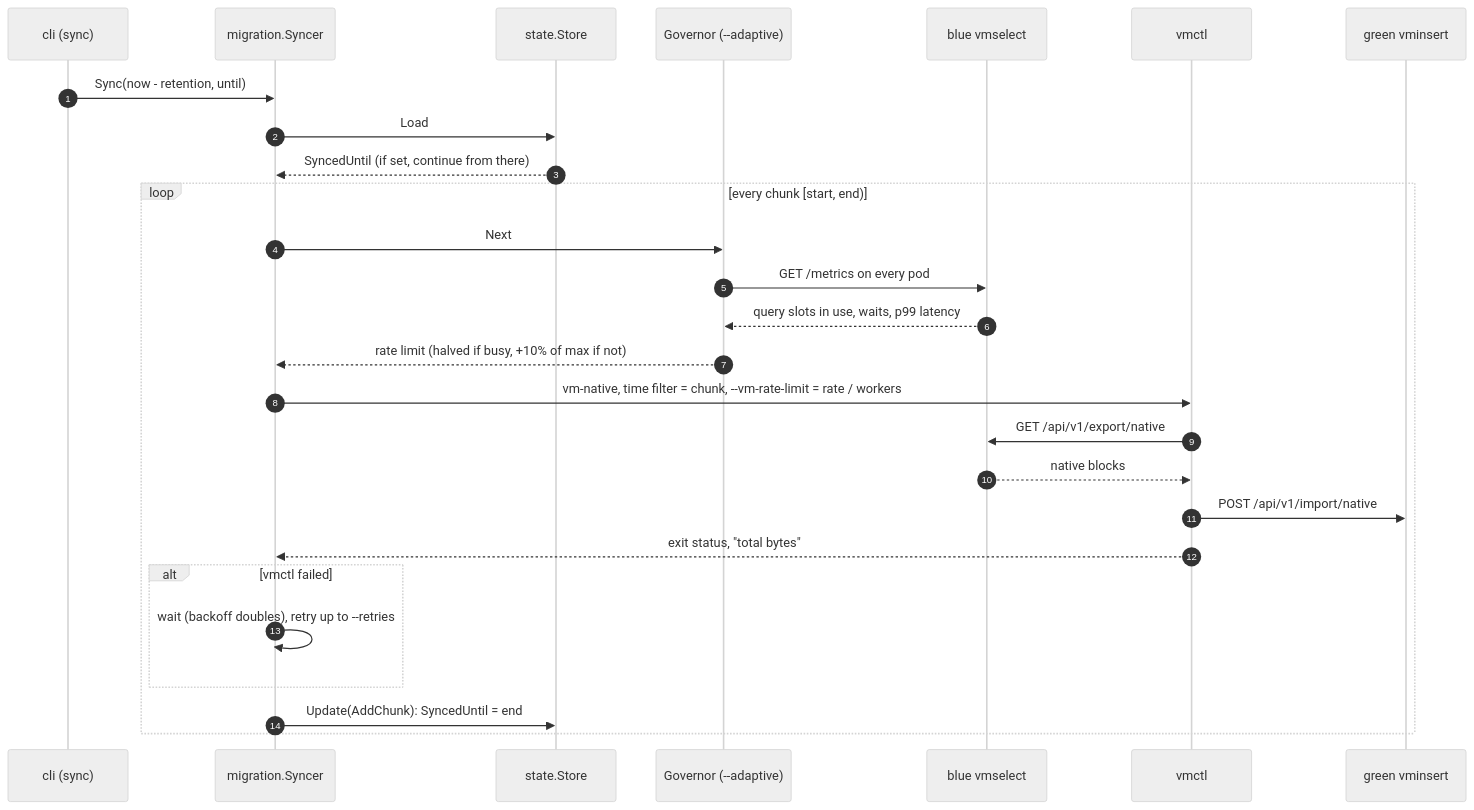
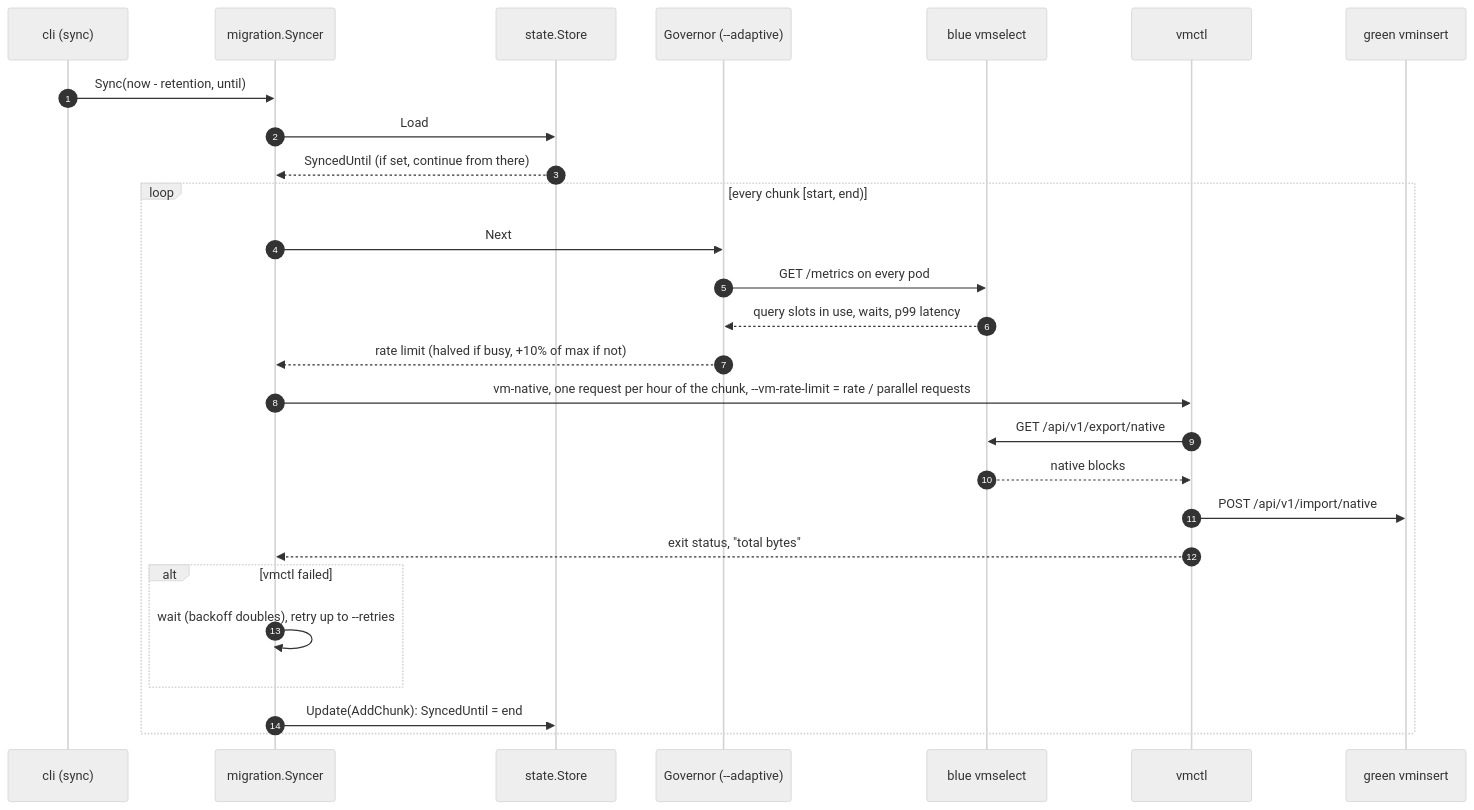
The third of 5 diagrams in docs/architecture.md (kokuwaio/victoriametrics-rebalance), drawn with Mermaid (neutral theme) before and after one commit. The commit also changed other lines of this file and 18 other files, not shown here.

````diff
--- a/docs/architecture.md
+++ b/docs/architecture.md
@@ -133,30 +138,30 @@
 ```mermaid
 sequenceDiagram
     autonumber
     participant CLI as cli (sync)
     participant S as migration.Syncer
     participant St as state.Store
     participant G as Governor (--adaptive)
     participant B as blue vmselect
     participant V as vmctl
     participant GI as green vminsert
 
     CLI->>S: Sync(now - retention, until)
     S->>St: Load
     St-->>S: SyncedUntil (if set, continue from there)
     loop every chunk [start, end)
         S->>G: Next
         G->>B: GET /metrics on every pod
         B-->>G: query slots in use, waits, p99 latency
         G-->>S: rate limit (halved if busy, +10% of max if not)
-        S->>V: vm-native, time filter = chunk, --vm-rate-limit = rate / workers
+        S->>V: vm-native, one request per hour of the chunk, --vm-rate-limit = rate / parallel requests
         V->>B: GET /api/v1/export/native
         B-->>V: native blocks
         V->>GI: POST /api/v1/import/native
         V-->>S: exit status, "total bytes"
         alt vmctl failed
             S->>S: wait (backoff doubles), retry up to --retries
         end
         S->>St: Update(AddChunk): SyncedUntil = end
     end
 ```
````
